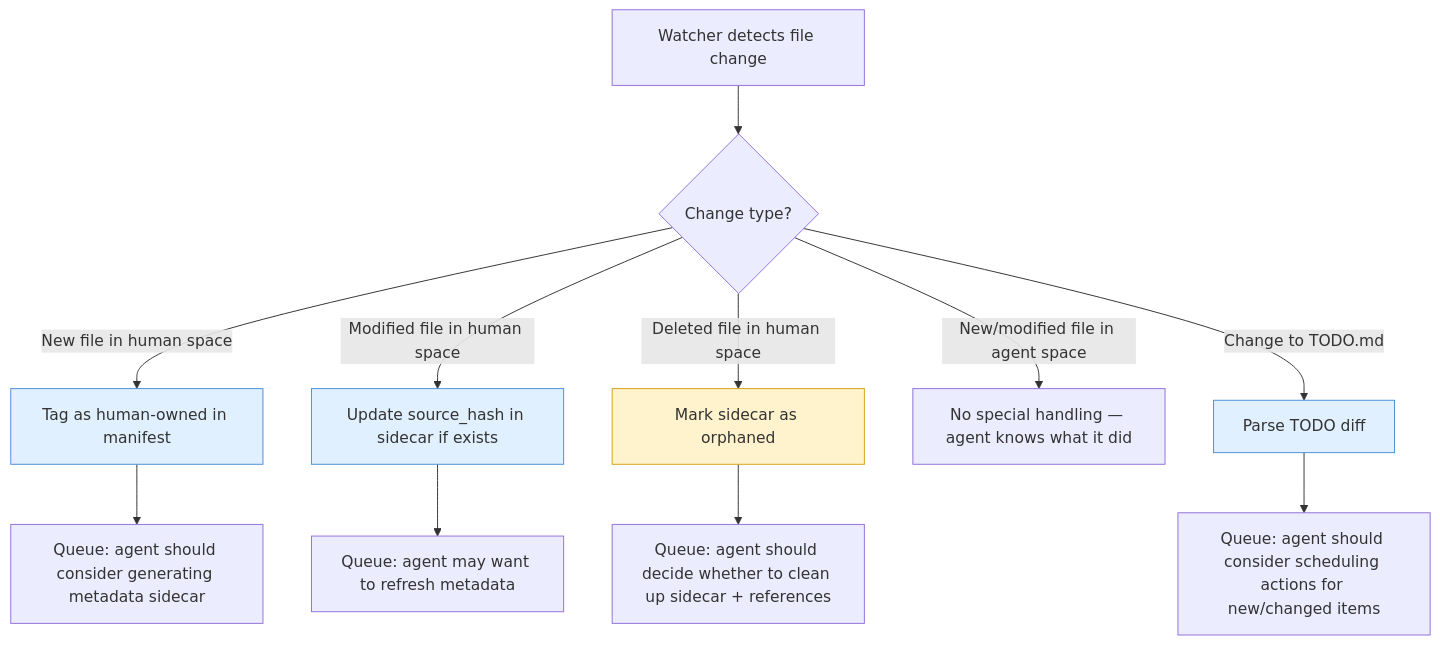
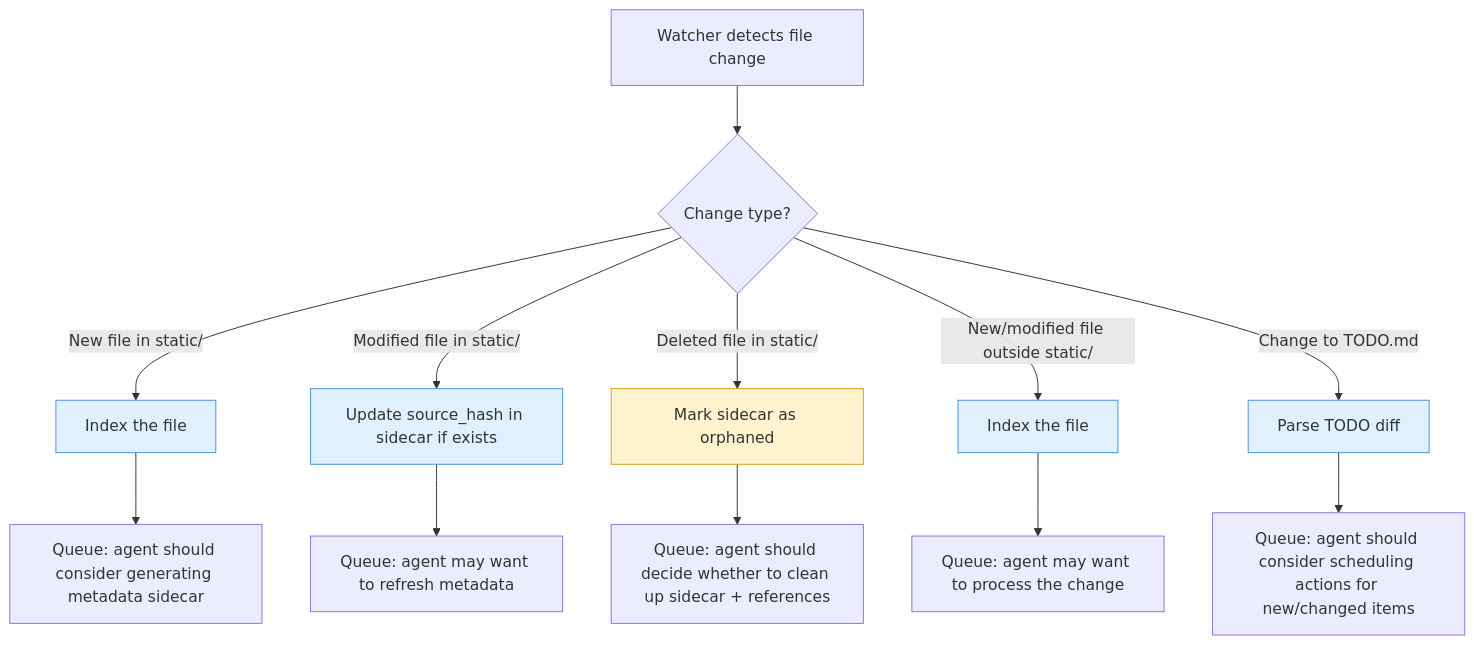
One commit to allofher/carson changed the third of 3 diagrams in BRAIN.md. Above: the diagram before and after it, drawn with Mermaid. The commit also changed other lines of this file and 17 other files, not shown here.

````diff
--- a/BRAIN.md
+++ b/BRAIN.md
@@ -201,23 +175,25 @@
 ```mermaid
 flowchart TD
     W[Watcher detects file change] --> R{Change type?}
 
-    R -->|New file in human space| A[Tag as human-owned in manifest]
+    R -->|New file in static/| A[Index the file]
     A --> B[Queue: agent should consider generating metadata sidecar]
 
-    R -->|Modified file in human space| C[Update source_hash in sidecar if exists]
+    R -->|Modified file in static/| C[Update source_hash in sidecar if exists]
     C --> D[Queue: agent may want to refresh metadata]
 
-    R -->|Deleted file in human space| E[Mark sidecar as orphaned]
+    R -->|Deleted file in static/| E[Mark sidecar as orphaned]
     E --> F[Queue: agent should decide whether to clean up sidecar + references]
 
-    R -->|New/modified file in agent space| G[No special handling — agent knows what it did]
+    R -->|New/modified file outside static/| G[Index the file]
+    G --> G2[Queue: agent may want to process the change]
 
     R -->|Change to TODO.md| H[Parse TODO diff]
     H --> I[Queue: agent should consider scheduling actions for new/changed items]
 
     style A fill:#e1f0ff,stroke:#4a90d9
     style C fill:#e1f0ff,stroke:#4a90d9
     style E fill:#fff3cd,stroke:#d4a017
+    style G fill:#e1f0ff,stroke:#4a90d9
     style H fill:#e1f0ff,stroke:#4a90d9
 ```
````
